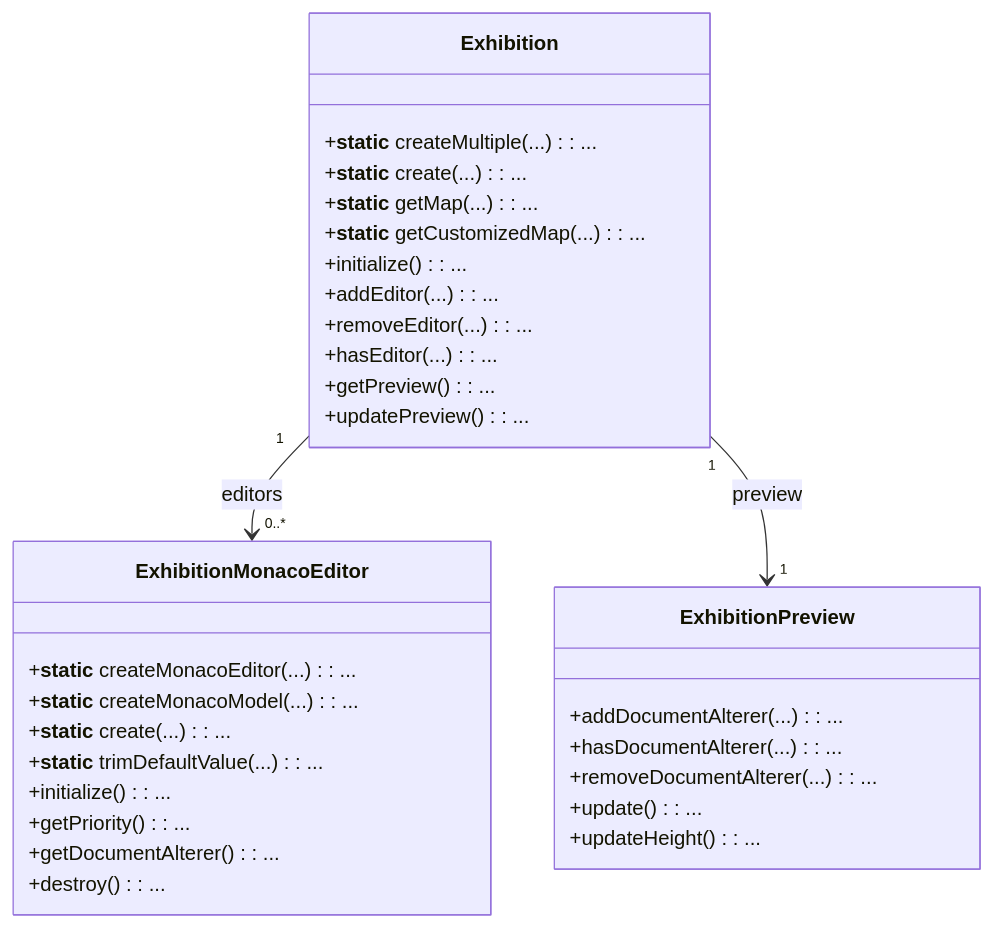
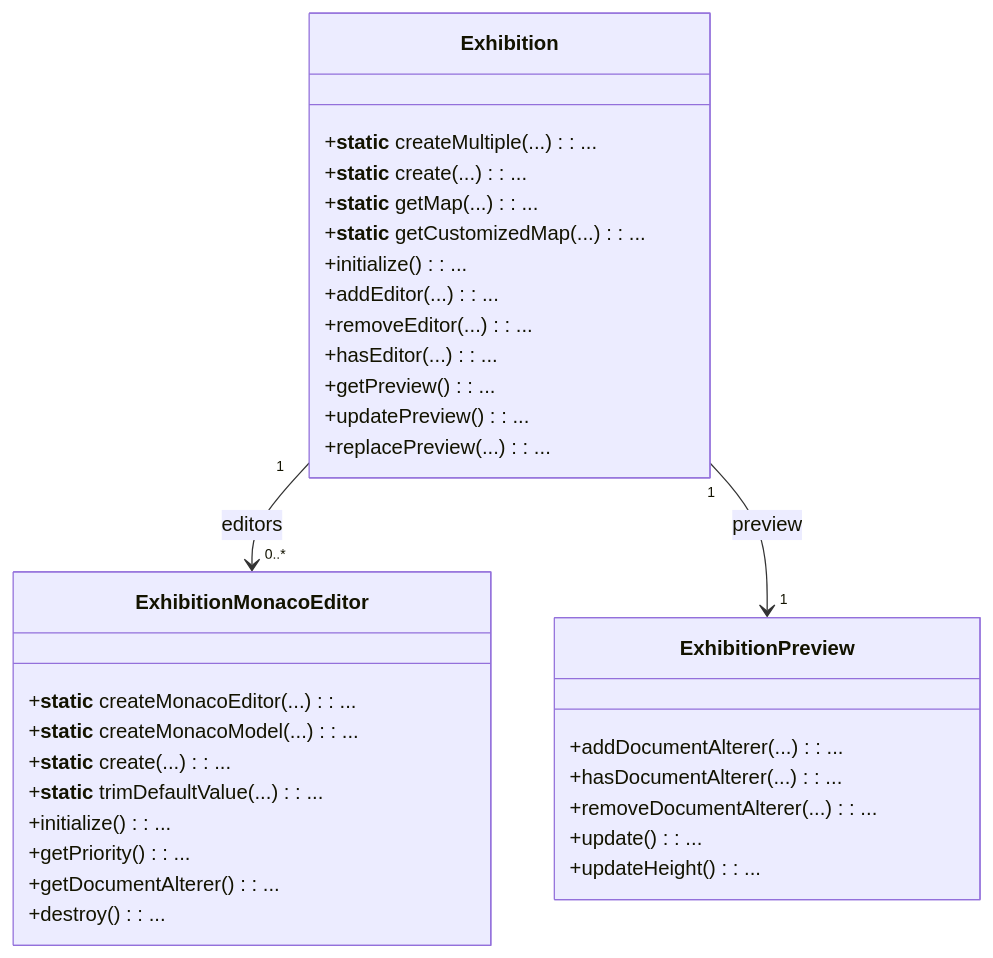
One commit to wraplet/exhibitionjs-docs changed the first of 4 diagrams in docs/2-core-concepts.md. Above: the diagram before and after it, drawn with Mermaid. The commit also changed other lines of this file and 14 other files, not shown here.

````diff
--- a/docs/2-core-concepts.md
+++ b/docs/2-core-concepts.md
@@ -10,36 +10,37 @@
 ```mermaid
 classDiagram
     Exhibition "1" --> "0..*" ExhibitionMonacoEditor: editors
     Exhibition "1" --> "1" ExhibitionPreview: preview
     class Exhibition {
         +__static__ createMultiple(...): ...
         +__static__ create(...): ...
         +__static__ getMap(...): ...
         +__static__ getCustomizedMap(...): ...
 
         +initialize(): ...
         +addEditor(...): ...
         +removeEditor(...): ...
         +hasEditor(...): ...
         +getPreview(): ...
         +updatePreview(): ...
+        +replacePreview(...): ...
     }
     
     class ExhibitionMonacoEditor {
         +__static__ createMonacoEditor(...): ...
         +__static__ createMonacoModel(...): ...
         +__static__ create(...): ...
         +__static__ trimDefaultValue(...): ...       
         +initialize(): ...
         +getPriority(): ...
         +getDocumentAlterer(): ...
         +destroy(): ...
     }
     class ExhibitionPreview {
         +addDocumentAlterer(...): ...
         +hasDocumentAlterer(...): ...
         +removeDocumentAlterer(...): ...
         +update(): ...
         +updateHeight(): ...
     }
 ```
````
